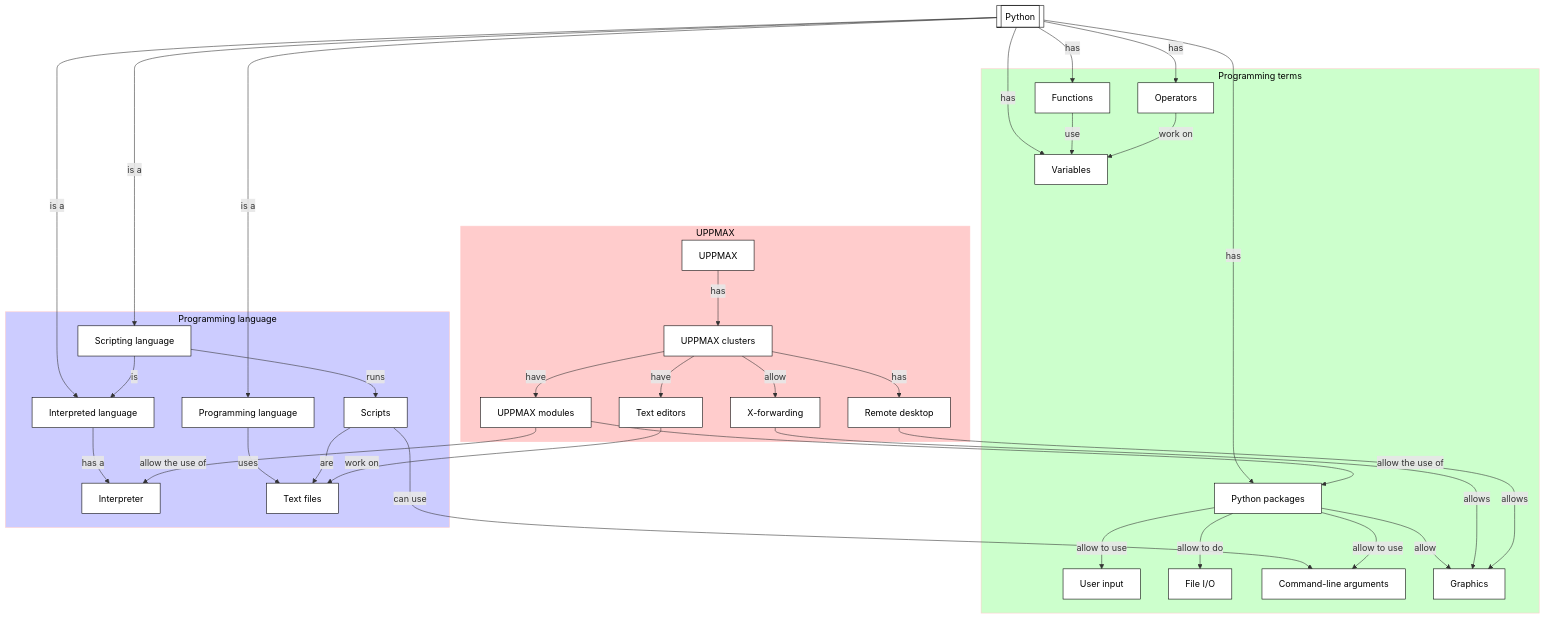
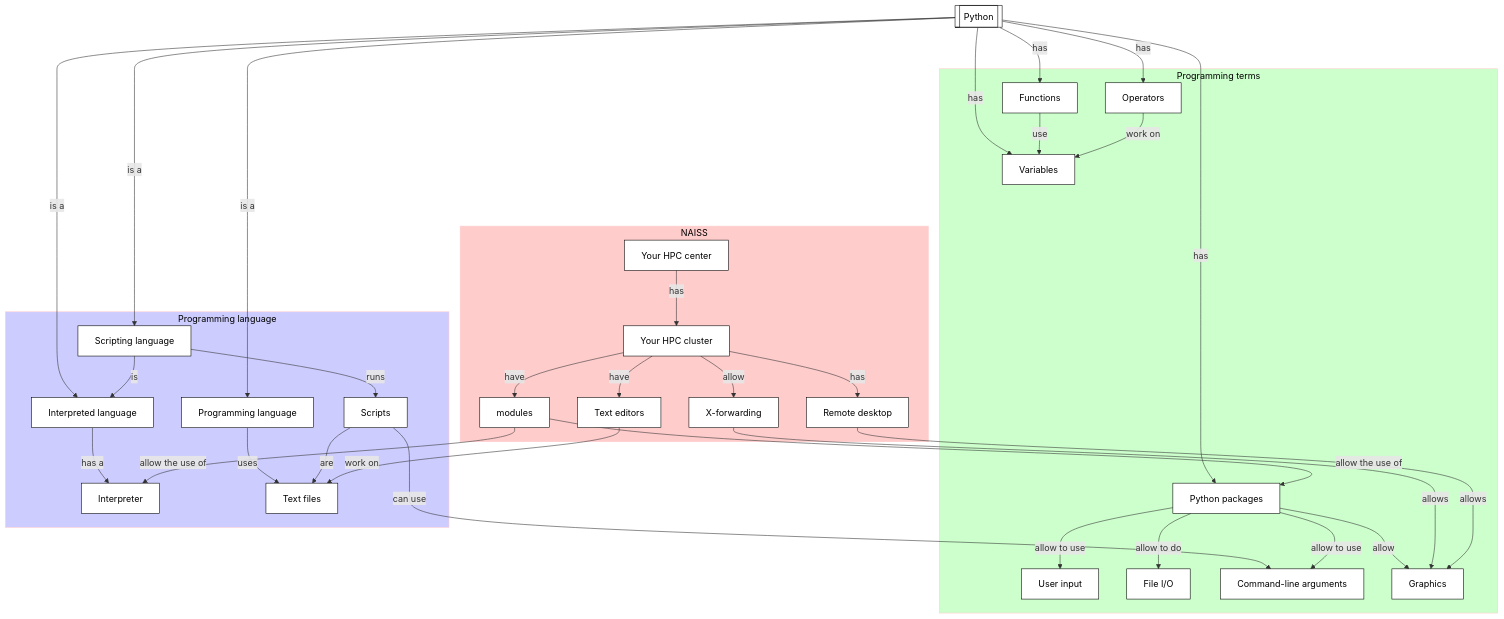
Before and after one commit to UPPMAX/uppmax_intro_python: the diagram in docs/topics.md, drawn with Mermaid. The commit also changed 2 other files, not shown here.

Commit message:
Course is NAISS wide

````diff
--- a/docs/topics.md
+++ b/docs/topics.md
@@ -9,75 +9,75 @@
 ```mermaid
 flowchart TD
     python[[Python]]
 
     %% Give a white background to all nodes, instead of a transparent one
     classDef node fill:#fff,color:#000,stroke:#000
 
     subgraph sub_programming_language[Programming language]
       interpreted_language[Interpreted language]
       programming_language[Programming language]
       scripting_language[Scripting language]
       interpreter[Interpreter]
       scripts[Scripts]
       text_files[Text files]
     end
     style sub_programming_language fill:#ccf,color:#000,stroke:#fcc
 
     subgraph sub_programming_terms[Programming terms]
       user_input[User input]
       file_io[File I/O]
       command_line_arguments[Command-line arguments]
       variables[Variables]
       operators[Operators]
       functions[Functions]
       python_packages[Python packages]
       graphics[Graphics]
     end 
     style sub_programming_terms fill:#cfc,color:#000,stroke:#fcc
 
-    subgraph sub_uppmax[UPPMAX]
-      uppmax[UPPMAX]
-      uppmax_modules[UPPMAX modules]
-      uppmax_clusters[UPPMAX clusters]
+    subgraph sub_uppmax[NAISS]
+      uppmax[Your HPC center]
+      uppmax_modules[modules]
+      uppmax_clusters[Your HPC cluster]
       text_editors[Text editors]
       x_forwarding[X-forwarding]
       remote_desktop[Remote desktop]
     end
     style sub_uppmax fill:#fcc,color:#000,stroke:#fcc
 
     python --> |is a| programming_language
     python --> |is a| interpreted_language
     python --> |is a| scripting_language
 
     programming_language --> |uses| text_files
     interpreted_language --> |has a| interpreter
     scripting_language --> |is|interpreted_language
     scripting_language --> |runs| scripts
     scripts --> |are| text_files
     scripts --> |can use| command_line_arguments
 
     python --> |has| python_packages
     python --> |has| variables
     python --> |has| functions
     python --> |has| operators
     functions --> |use| variables
     operators --> |work on| variables
     python_packages --> |allow| graphics
     python_packages --> |allow to use| user_input
     python_packages --> |allow to do| file_io
     python_packages --> |allow to use| command_line_arguments
 
     uppmax --> |has| uppmax_clusters
     uppmax_clusters --> |have| uppmax_modules
     uppmax_clusters --> |have| text_editors
     uppmax_clusters --> |allow| x_forwarding
     uppmax_clusters --> |has| remote_desktop
     uppmax_modules --> |allow the use of| python_packages
     uppmax_modules --> |allow the use of| interpreter
 
     text_editors --> |work on|text_files
     x_forwarding --> |allows|graphics
     remote_desktop --> |allows|graphics
     
     variables ~~~ uppmax
 ```
````
